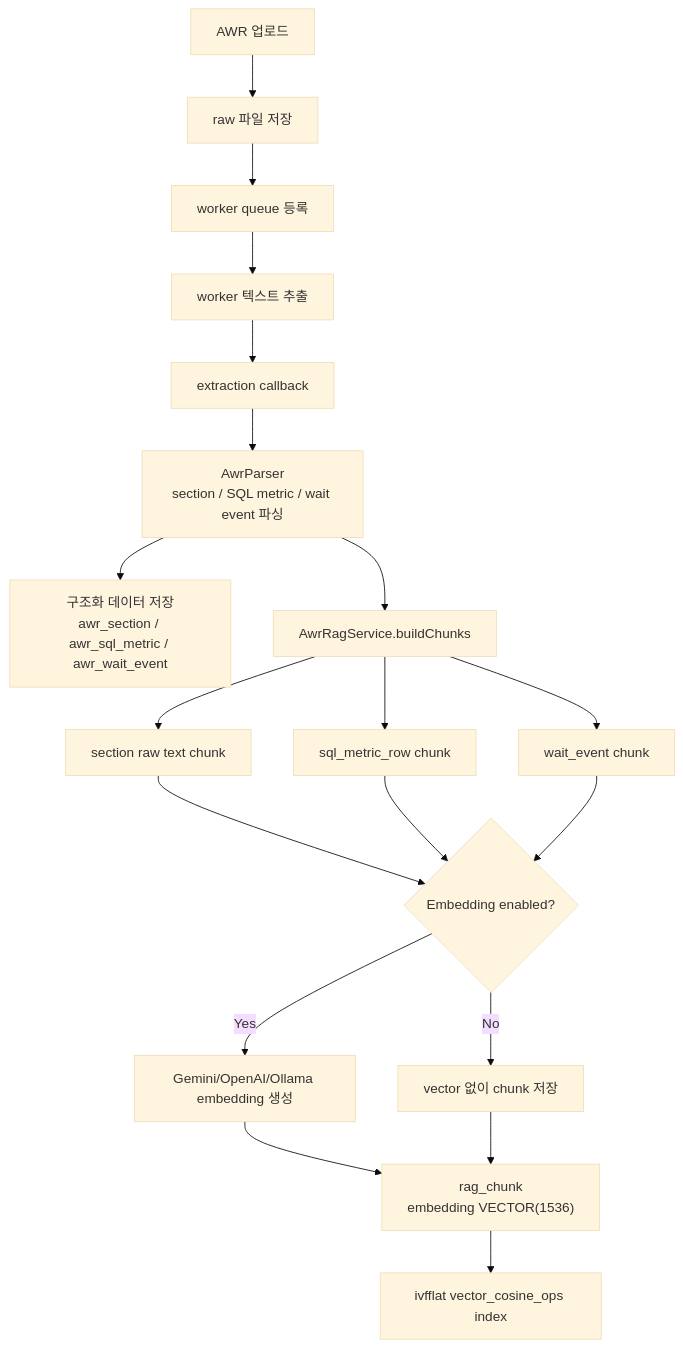
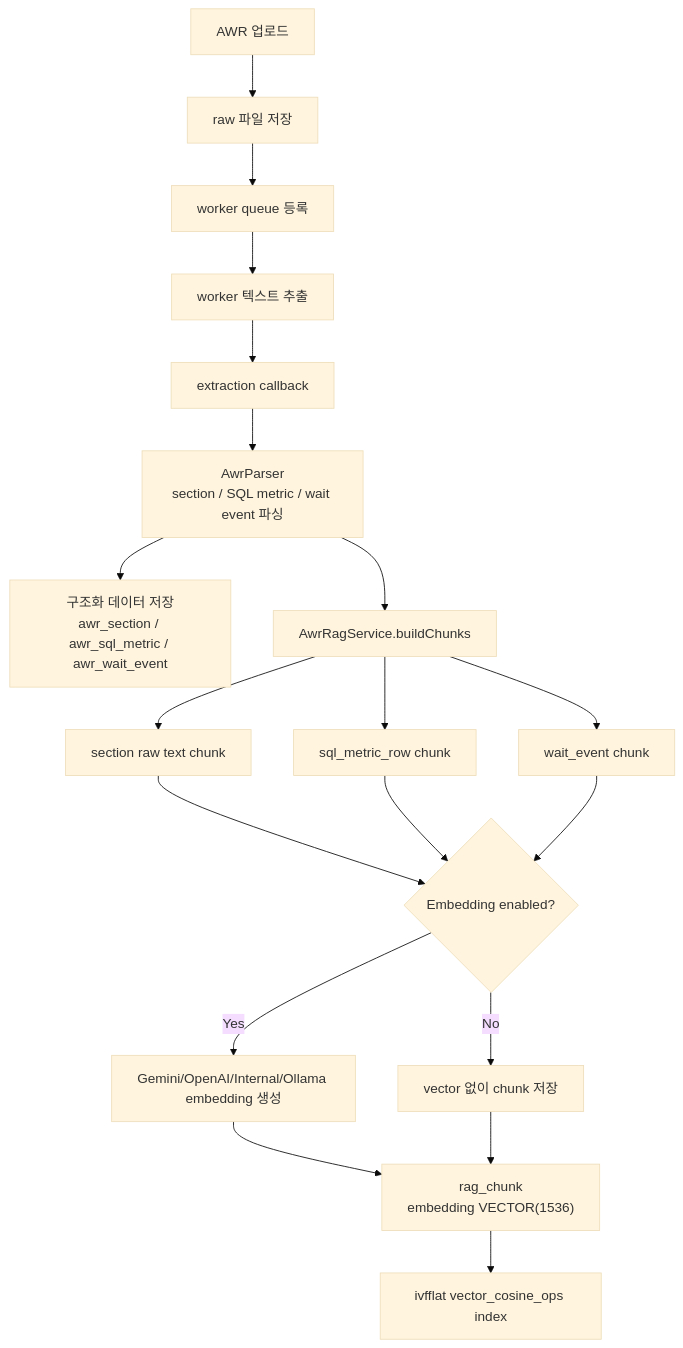
The second of 3 diagrams in RAG_ARCHITECTURE.md (DBInc-LifeInsuranceTeam-ITO/SQL-Advisor), drawn with Mermaid (base theme) before and after one commit. The commit also changed other lines of this file and 12 other files, not shown here.

````diff
--- a/RAG_ARCHITECTURE.md
+++ b/RAG_ARCHITECTURE.md
@@ -48,26 +48,26 @@
 ```mermaid
 flowchart TD
   Upload["AWR 업로드"] --> SaveRaw["raw 파일 저장"]
   SaveRaw --> Queue["worker queue 등록"]
   Queue --> Extract["worker 텍스트 추출"]
   Extract --> Callback["extraction callback"]
   Callback --> Parse["AwrParser\nsection / SQL metric / wait event 파싱"]
 
   Parse --> StoreStructured["구조화 데이터 저장\nawr_section / awr_sql_metric / awr_wait_event"]
   Parse --> BuildChunks["AwrRagService.buildChunks"]
 
   BuildChunks --> SectionChunk["section raw text chunk"]
   BuildChunks --> SqlChunk["sql_metric_row chunk"]
   BuildChunks --> WaitChunk["wait_event chunk"]
 
   SectionChunk --> Embed{"Embedding enabled?"}
   SqlChunk --> Embed
   WaitChunk --> Embed
 
-  Embed -->|Yes| Vector["Gemini/OpenAI/Ollama embedding 생성"]
+  Embed -->|Yes| Vector["Gemini/OpenAI/Internal/Ollama embedding 생성"]
   Embed -->|No| Plain["vector 없이 chunk 저장"]
 
   Vector --> RagTable["rag_chunk\nembedding VECTOR(1536)"]
   Plain --> RagTable
   RagTable --> Ivf["ivfflat vector_cosine_ops index"]
 ```
````
